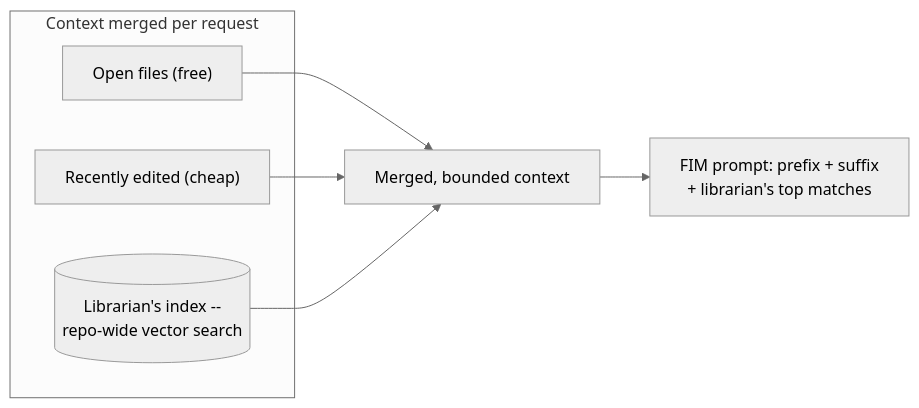
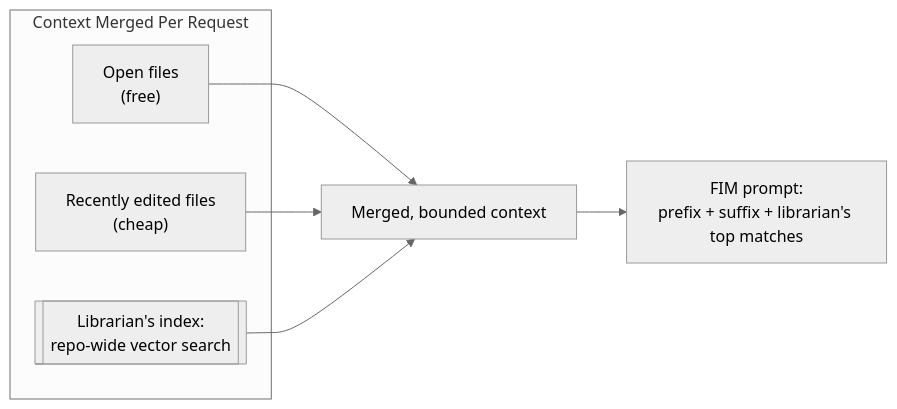
One commit to riyaz-pasha/Learnings changed the fifth of 13 diagrams in system-design/HLD/0-course/45-Design-an-AI-Code-Assistant-FAANG-Guide-story.md. Above: the diagram before and after it, drawn with Mermaid (neutral theme). The commit also changed other lines of this file and 1 other file, not shown here.

Commit message:
[REWRITE] AI Code Assistant story guide: simplify prose, add structure, fix diagrams

````diff
--- a/system-design/HLD/0-course/45-Design-an-AI-Code-Assistant-FAANG-Guide-story.md
+++ b/system-design/HLD/0-course/45-Design-an-AI-Code-Assistant-FAANG-Guide-story.md
@@ -210,12 +318,13 @@
 ```mermaid
 flowchart LR
-    subgraph Sources["Context merged per request"]
-        OF["Open files (free)"]
-        RE["Recently edited (cheap)"]
-        VI[("Librarian's index --\nrepo-wide vector search")]
+    subgraph Sources["Context Merged Per Request"]
+        OF["Open files<br/>(free)"]
+        RE["Recently edited files<br/>(cheap)"]
+        VI[["Librarian's index:<br/>repo-wide vector search"]]
     end
+
     OF --> CTX["Merged, bounded context"]
     RE --> CTX
     VI --> CTX
-    CTX --> P["FIM prompt: prefix + suffix\n+ librarian's top matches"]
+    CTX --> P["FIM prompt:<br/>prefix + suffix + librarian's top matches"]
 ```
````
